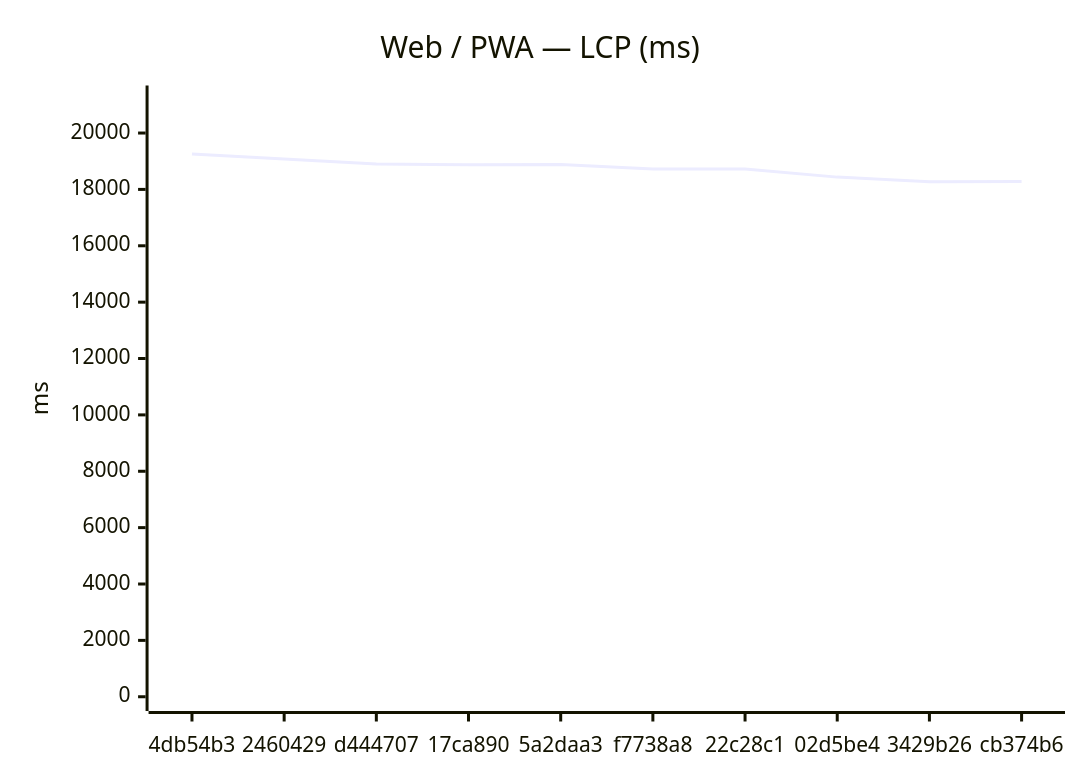
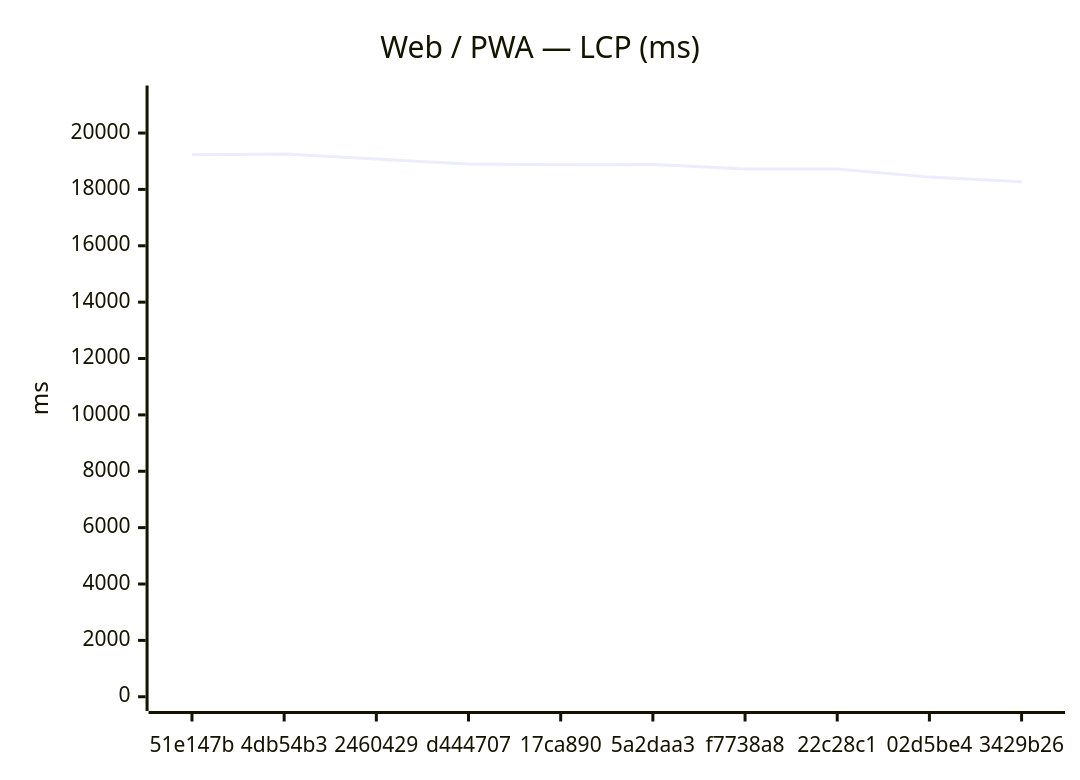
One commit to Metaheurist/Rianell changed the first of 18 diagrams in benchmarks/compare.md. Above: the diagram before and after it, drawn with Mermaid. The commit also changed other lines of this file and 11 other files, not shown here.

````diff
--- a/benchmarks/compare.md
+++ b/benchmarks/compare.md
@@ -24,7 +24,7 @@
 ```mermaid
 xychart-beta
     title "Web / PWA — LCP (ms)"
-    x-axis ["4db54b3", "2460429", "d444707", "17ca890", "5a2daa3", "f7738a8", "22c28c1", "02d5be4", "3429b26", "cb374b6"]
+    x-axis ["51e147b", "4db54b3", "2460429", "d444707", "17ca890", "5a2daa3", "f7738a8", "22c28c1", "02d5be4", "3429b26"]
     y-axis "ms" 0 --> 21181
-    line [19255, 19076, 18898, 18874, 18888, 18728, 18722, 18436, 18270, 18278]
+    line [19227, 19255, 19076, 18898, 18874, 18888, 18728, 18722, 18436, 18270]
 ```
````
